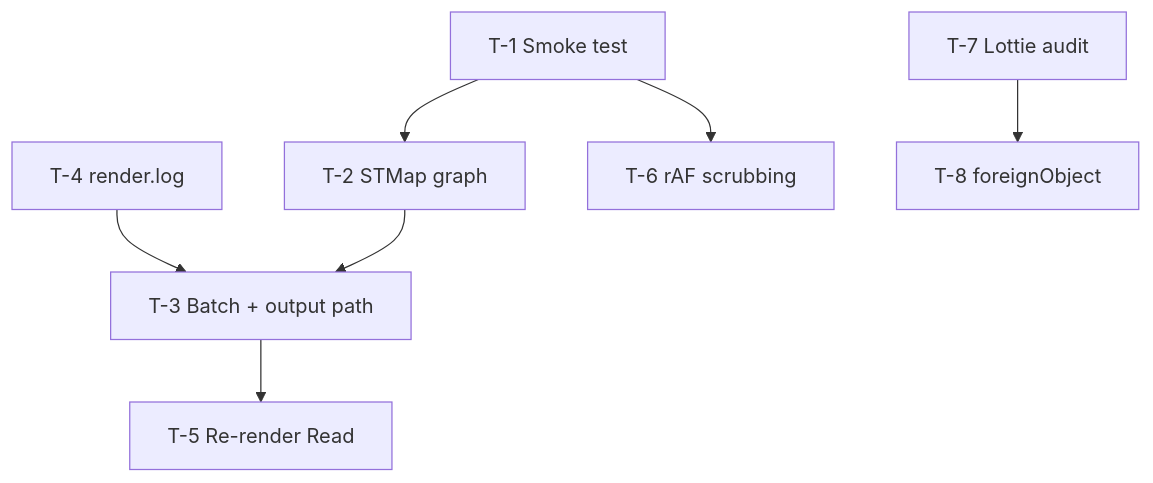
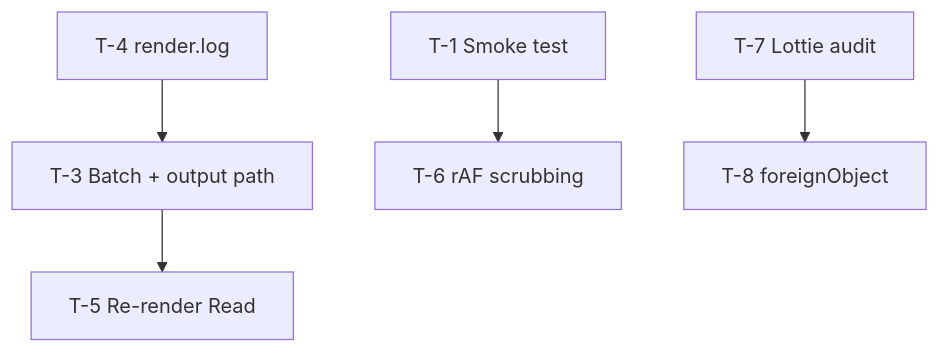
One commit to cbrown323/SVG-to-Nuke changed the diagram in FOREMAN_PLAN.md. Above: the diagram before and after it, drawn with Mermaid. The commit also changed other lines of this file and 3 other files, not shown here.

First line of the commit message:
Remove auto STMap graph wiring on UV import.

````diff
--- a/FOREMAN_PLAN.md
+++ b/FOREMAN_PLAN.md
@@ -460,18 +387,15 @@
 ```mermaid
 flowchart TD
     T1[T-1 Smoke test]
     T4[T-4 render.log]
-    T2[T-2 STMap graph]
     T3[T-3 Batch + output path]
     T5[T-5 Re-render Read]
     T6[T-6 rAF scrubbing]
     T7[T-7 Lottie audit]
     T8[T-8 foreignObject]
 
-    T1 --> T2
     T1 --> T6
     T4 --> T3
-    T2 --> T3
     T3 --> T5
     T7 --> T8
 ```
````
